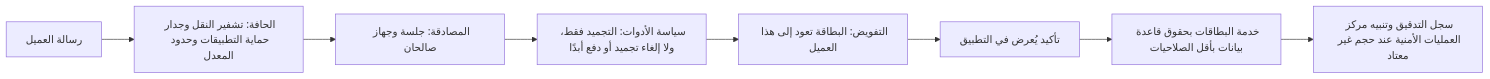
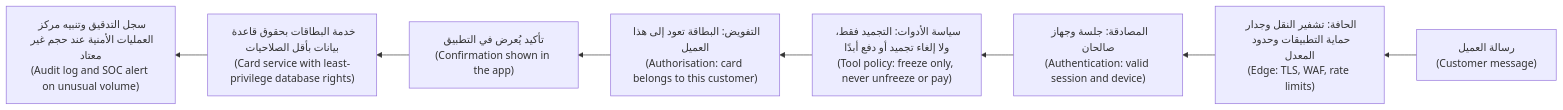
The second of 3 diagrams in secai/modules/01-foundations.ar.md (Tamoura/system-design-for-vibe-coders), drawn with Mermaid before and after one commit. The commit also changed other lines of this file and 11 other files, not shown here.

First line of the commit message:
Security course: Arabic modules 10–11 reviewed; RTL diagrams with English labels for modules 0–11

````diff
--- a/secai/modules/01-foundations.ar.md
+++ b/secai/modules/01-foundations.ar.md
@@ -368,10 +368,10 @@
 ```mermaid
-flowchart LR
-    A["رسالة العميل"] --> B["الحافة: تشفير النقل وجدار حماية التطبيقات وحدود المعدل"]
-    B --> C["المصادقة: جلسة وجهاز صالحان"]
-    C --> D["سياسة الأدوات: التجميد فقط، ولا إلغاء تجميد أو دفع أبدًا"]
-    D --> E["التفويض: البطاقة تعود إلى هذا العميل"]
-    E --> F["تأكيد يُعرض في التطبيق"]
-    F --> G["خدمة البطاقات بحقوق قاعدة بيانات بأقل الصلاحيات"]
-    G --> H["سجل التدقيق وتنبيه مركز العمليات الأمنية عند حجم غير معتاد"]
+flowchart RL
+    A["رسالة العميل<br/>(Customer message)"] --> B["الحافة: تشفير النقل وجدار حماية التطبيقات وحدود المعدل<br/>(Edge: TLS, WAF, rate limits)"]
+    B --> C["المصادقة: جلسة وجهاز صالحان<br/>(Authentication: valid session and device)"]
+    C --> D["سياسة الأدوات: التجميد فقط، ولا إلغاء تجميد أو دفع أبدًا<br/>(Tool policy: freeze only, never unfreeze or pay)"]
+    D --> E["التفويض: البطاقة تعود إلى هذا العميل<br/>(Authorisation: card belongs to this customer)"]
+    E --> F["تأكيد يُعرض في التطبيق<br/>(Confirmation shown in the app)"]
+    F --> G["خدمة البطاقات بحقوق قاعدة بيانات بأقل الصلاحيات<br/>(Card service with least-privilege database rights)"]
+    G --> H["سجل التدقيق وتنبيه مركز العمليات الأمنية عند حجم غير معتاد<br/>(Audit log and SOC alert on unusual volume)"]
 ```
````
